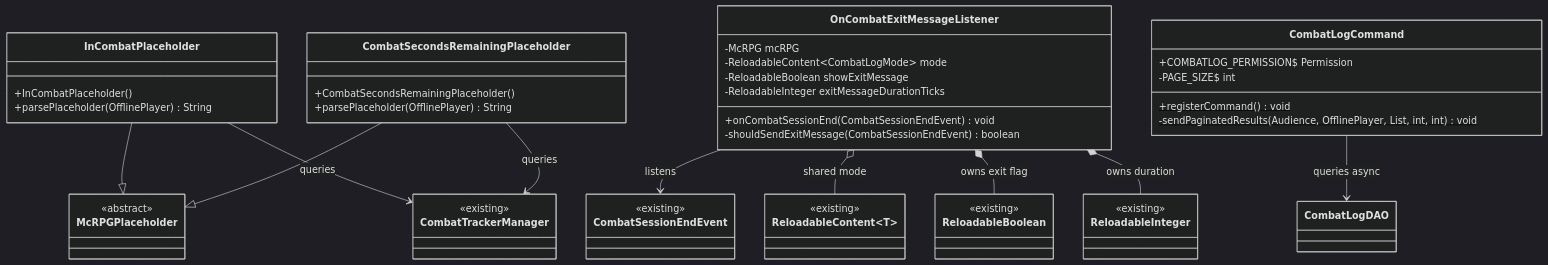
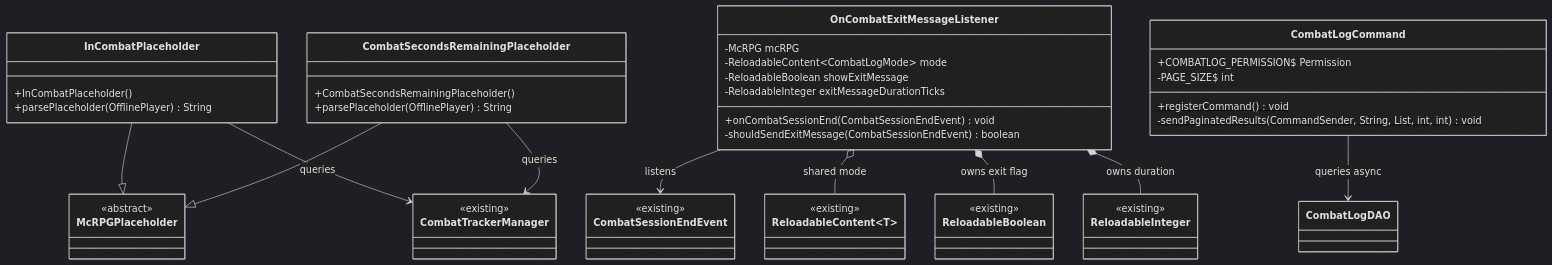
One commit to DiamondDagger590/McRPG changed the third of 4 diagrams in docs/lld/combat-tracker/phase-3-combat-log-and-display.md. Above: the diagram before and after it, drawn with Mermaid (dark theme). The commit also changed other lines of this file, not shown here.

````diff
--- a/docs/lld/combat-tracker/phase-3-combat-log-and-display.md
+++ b/docs/lld/combat-tracker/phase-3-combat-log-and-display.md
@@ -203,63 +223,63 @@
 ```mermaid
 classDiagram
     class InCombatPlaceholder {
         +InCombatPlaceholder()
         +parsePlaceholder(OfflinePlayer) String
     }
 
     class CombatSecondsRemainingPlaceholder {
         +CombatSecondsRemainingPlaceholder()
         +parsePlaceholder(OfflinePlayer) String
     }
 
     class McRPGPlaceholder {
         <<abstract>>
         <<existing>>
     }
 
     class OnCombatExitMessageListener {
         -McRPG mcRPG
         -ReloadableContent~CombatLogMode~ mode
         -ReloadableBoolean showExitMessage
         -ReloadableInteger exitMessageDurationTicks
         +onCombatSessionEnd(CombatSessionEndEvent) void
         -shouldSendExitMessage(CombatSessionEndEvent) boolean
     }
 
     class CombatLogCommand {
         +COMBATLOG_PERMISSION$ Permission
         -PAGE_SIZE$ int
         +registerCommand()$ void
-        -sendPaginatedResults(Audience, OfflinePlayer, List, int, int)$ void
+        -sendPaginatedResults(CommandSender, String, List, int, int)$ void
     }
 
     class CombatTrackerManager {
         <<existing>>
     }
 
     class CombatSessionEndEvent {
         <<existing>>
     }
 
     class ReloadableContent~T~ {
         <<existing>>
     }
 
     class ReloadableBoolean {
         <<existing>>
     }
 
     class ReloadableInteger {
         <<existing>>
     }
 
     InCombatPlaceholder --|> McRPGPlaceholder
     CombatSecondsRemainingPlaceholder --|> McRPGPlaceholder
     InCombatPlaceholder --> CombatTrackerManager : queries
     CombatSecondsRemainingPlaceholder --> CombatTrackerManager : queries
     OnCombatExitMessageListener --> CombatSessionEndEvent : listens
     OnCombatExitMessageListener o-- ReloadableContent~T~ : shared mode
     OnCombatExitMessageListener *-- ReloadableBoolean : owns exit flag
     OnCombatExitMessageListener *-- ReloadableInteger : owns duration
     CombatLogCommand --> CombatLogDAO : queries async
 ```
````
